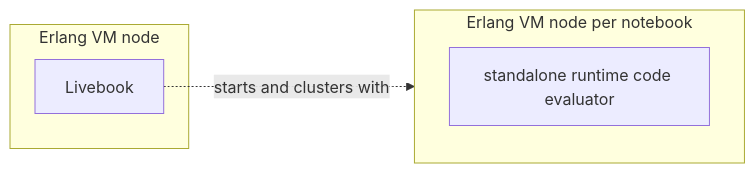
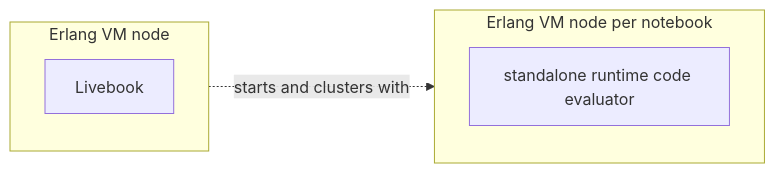
The first of 3 diagrams in docs/runtime.md (livebook-dev/livebook), drawn with Mermaid before and after one commit.

````diff
--- a/docs/runtime.md
+++ b/docs/runtime.md
@@ -16,12 +16,12 @@
 ```mermaid
 graph LR
     subgraph livebook_node["Erlang VM node"]
         A[Livebook]
     end
 
     subgraph standalone_node["Erlang VM node per notebook"]
         B[standalone runtime code evaluator]
     end
 
-    A -.->|starts and clusters with| standalone_node
+    livebook_node -.->|starts and clusters with| standalone_node
 ```
````
